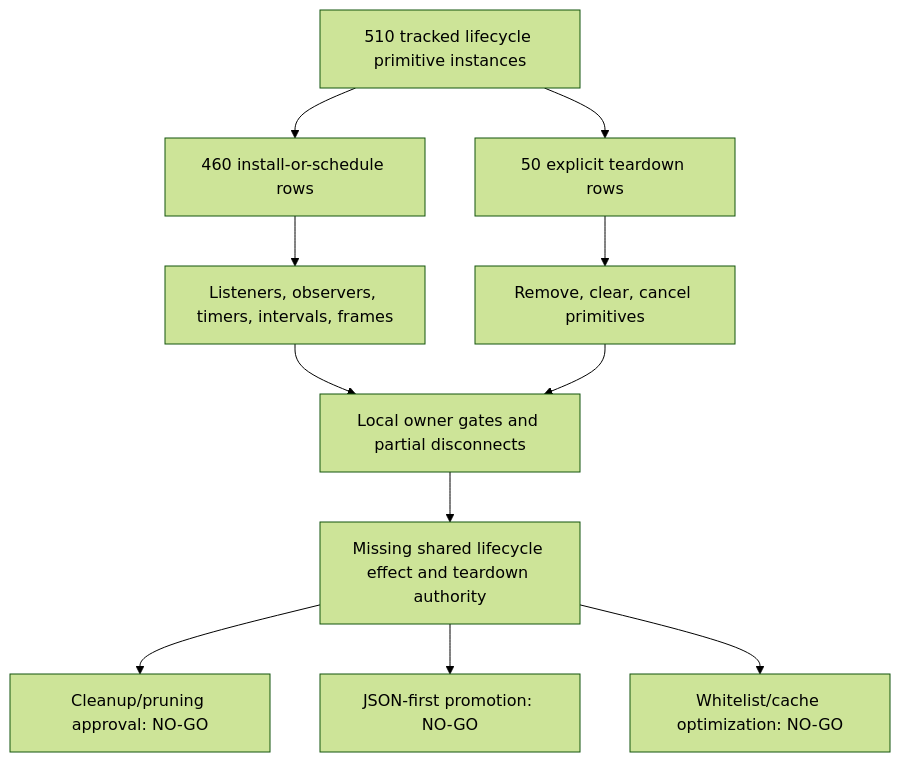
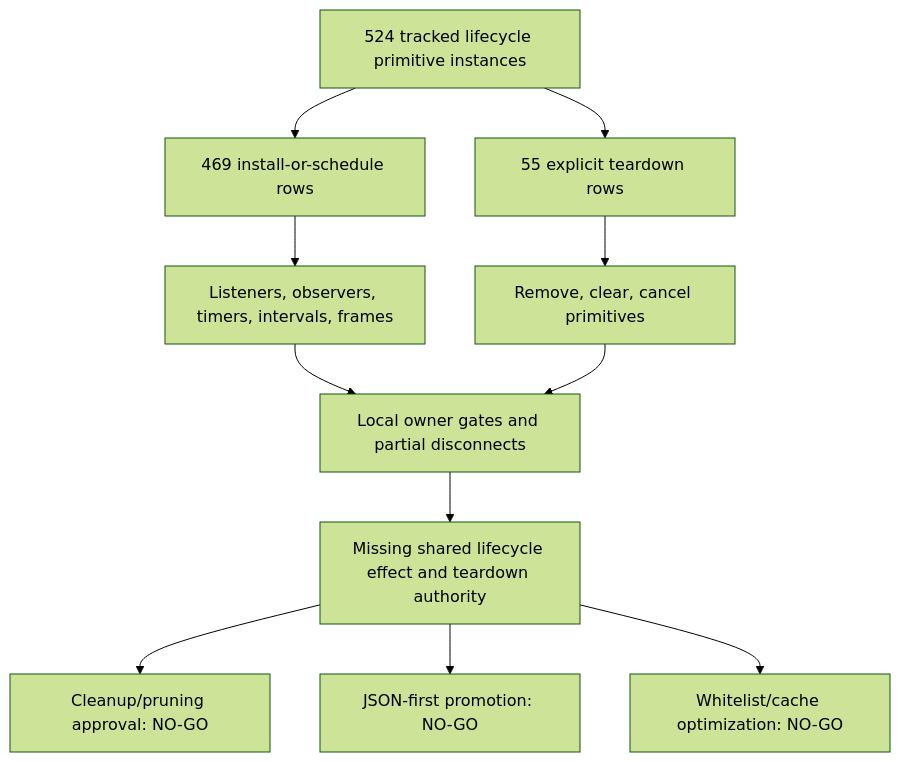
Diagram 47 of 47 in docs/audit/FILTERTUBE_LIFECYCLE_INSTANCE_REGISTER_2026-05-18.md (varshneydevansh/FilterTube), drawn with Mermaid (forest theme) before and after one commit. The commit also changed other lines of this file and 8 other files, not shown here.

Commit message:
test: promote lifecycle primitive proof

````diff
--- a/docs/audit/FILTERTUBE_LIFECYCLE_INSTANCE_REGISTER_2026-05-18.md
+++ b/docs/audit/FILTERTUBE_LIFECYCLE_INSTANCE_REGISTER_2026-05-18.md
@@ -4302,13 +4368,13 @@
 ```mermaid
 flowchart TD
-  A["510 tracked lifecycle primitive instances"] --> B["460 install-or-schedule rows"]
-  A --> C["50 explicit teardown rows"]
+  A["524 tracked lifecycle primitive instances"] --> B["469 install-or-schedule rows"]
+  A --> C["55 explicit teardown rows"]
   B --> D["Listeners, observers, timers, intervals, frames"]
   C --> E["Remove, clear, cancel primitives"]
   D --> F["Local owner gates and partial disconnects"]
   E --> F
   F --> G["Missing shared lifecycle effect and teardown authority"]
   G --> H["Cleanup/pruning approval: NO-GO"]
   G --> I["JSON-first promotion: NO-GO"]
   G --> J["Whitelist/cache optimization: NO-GO"]
 ```
````
